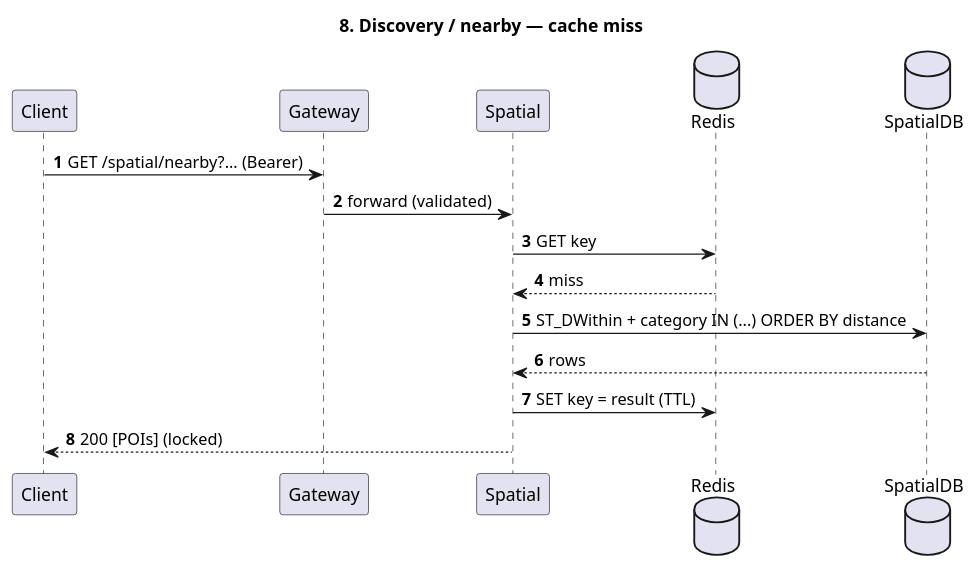
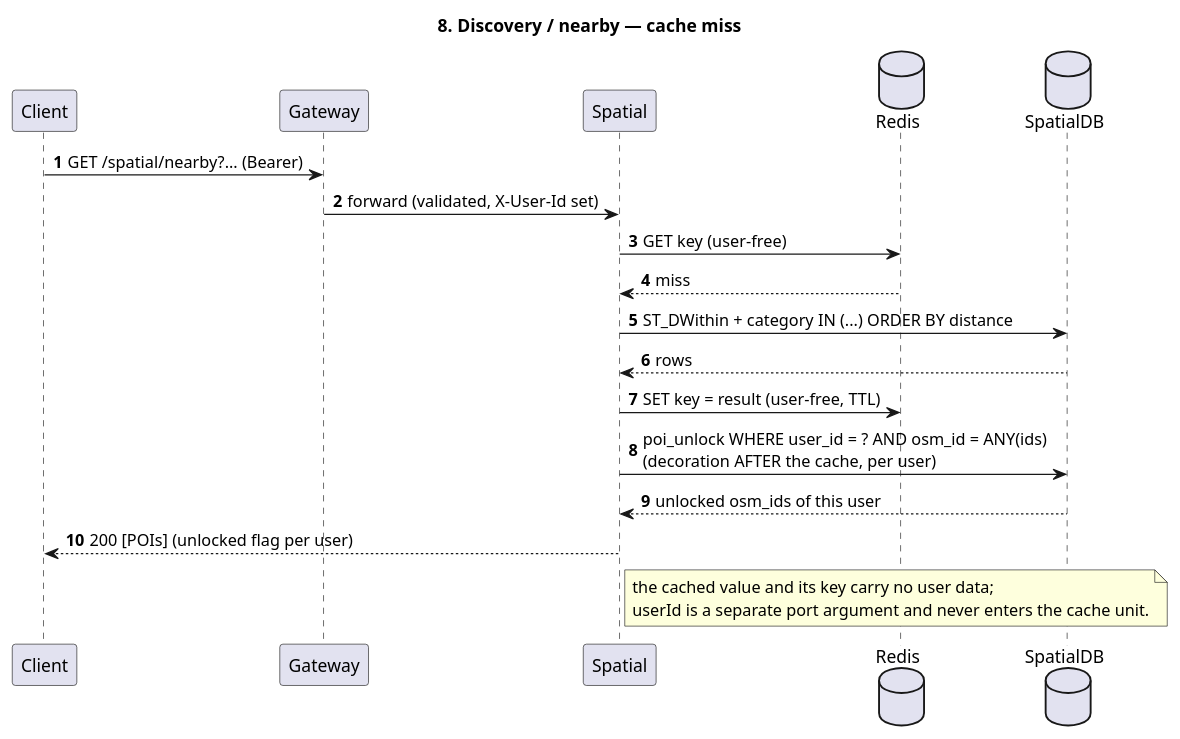
One commit to laa66/trippie changed the diagram in docs/flows/08-discovery-cache-miss.puml. Above: the diagram before and after it, drawn with PlantUML. The commit also changed 4 other files, not shown here.

Commit message:
spatial is no longer pure geo, the unlock flow is a server grant

```diff
--- a/docs/flows/08-discovery-cache-miss.puml
+++ b/docs/flows/08-discovery-cache-miss.puml
@@ -1,18 +1,21 @@
 @startuml
 title 8. Discovery / nearby — cache miss
 autonumber
 participant Client
 participant Gateway
 participant Spatial
 database Redis
 database SpatialDB
 
 Client -> Gateway : GET /spatial/nearby?... (Bearer)
-Gateway -> Spatial : forward (validated)
-Spatial -> Redis : GET key
+Gateway -> Spatial : forward (validated, X-User-Id set)
+Spatial -> Redis : GET key (user-free)
 Redis --> Spatial : miss
 Spatial -> SpatialDB : ST_DWithin + category IN (...) ORDER BY distance
 SpatialDB --> Spatial : rows
-Spatial -> Redis : SET key = result (TTL)
-Spatial --> Client : 200 [POIs] (locked)
+Spatial -> Redis : SET key = result (user-free, TTL)
+Spatial -> SpatialDB : poi_unlock WHERE user_id = ? AND osm_id = ANY(ids)\n(decoration AFTER the cache, per user)
+SpatialDB --> Spatial : unlocked osm_ids of this user
+Spatial --> Client : 200 [POIs] (unlocked flag per user)
+note right of Spatial : the cached value and its key carry no user data;\nuserId is a separate port argument and never enters the cache unit.
 @enduml
```
